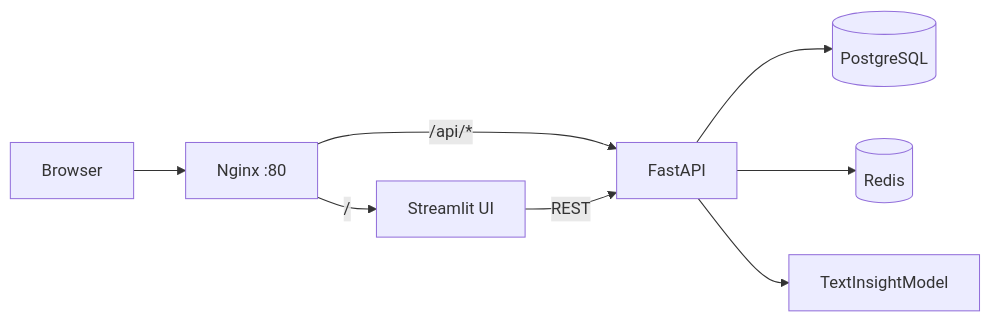
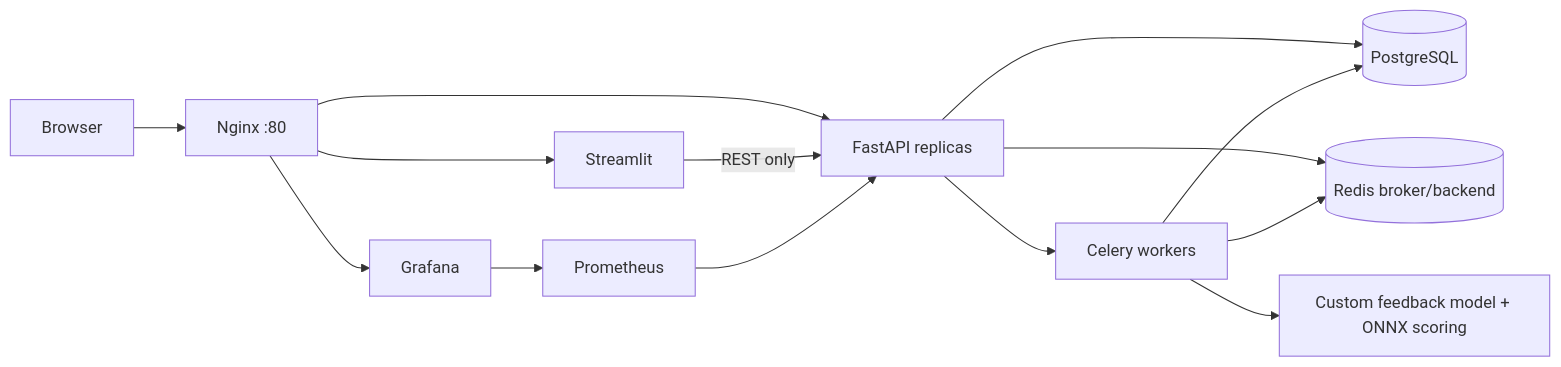
Before and after one commit to Polkovnik-Zubenko/web-ai-project: the diagram in README.md, drawn with Mermaid. The commit also changed other lines of this file and 17 other files, not shown here.

````diff
--- a/README.md
+++ b/README.md
@@ -14,10 +17,16 @@
 ```mermaid
 flowchart LR
   User[Browser] --> Nginx[Nginx :80]
-  Nginx -->|/| UI[Streamlit UI]
-  Nginx -->|/api/*| API[FastAPI]
-  UI -->|REST| API
+  Nginx --> UI[Streamlit]
+  Nginx --> API[FastAPI replicas]
+  Nginx --> Grafana[Grafana]
+  UI -->|REST only| API
   API --> DB[(PostgreSQL)]
-  API --> Redis[(Redis)]
-  API --> Model[TextInsightModel]
+  API --> Redis[(Redis broker/backend)]
+  API --> Worker[Celery workers]
+  Worker --> Redis
+  Worker --> DB
+  Worker --> Model[Custom feedback model + ONNX scoring]
+  Prometheus --> API
+  Grafana --> Prometheus
 ```
````
